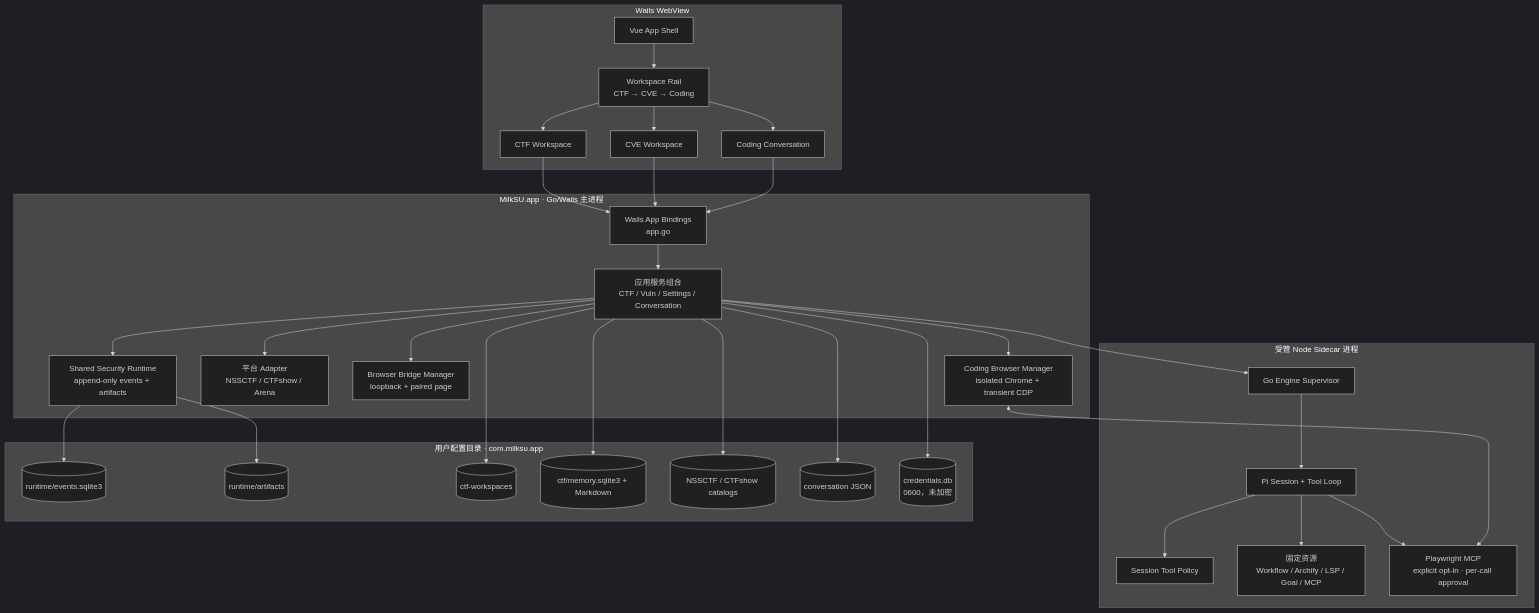
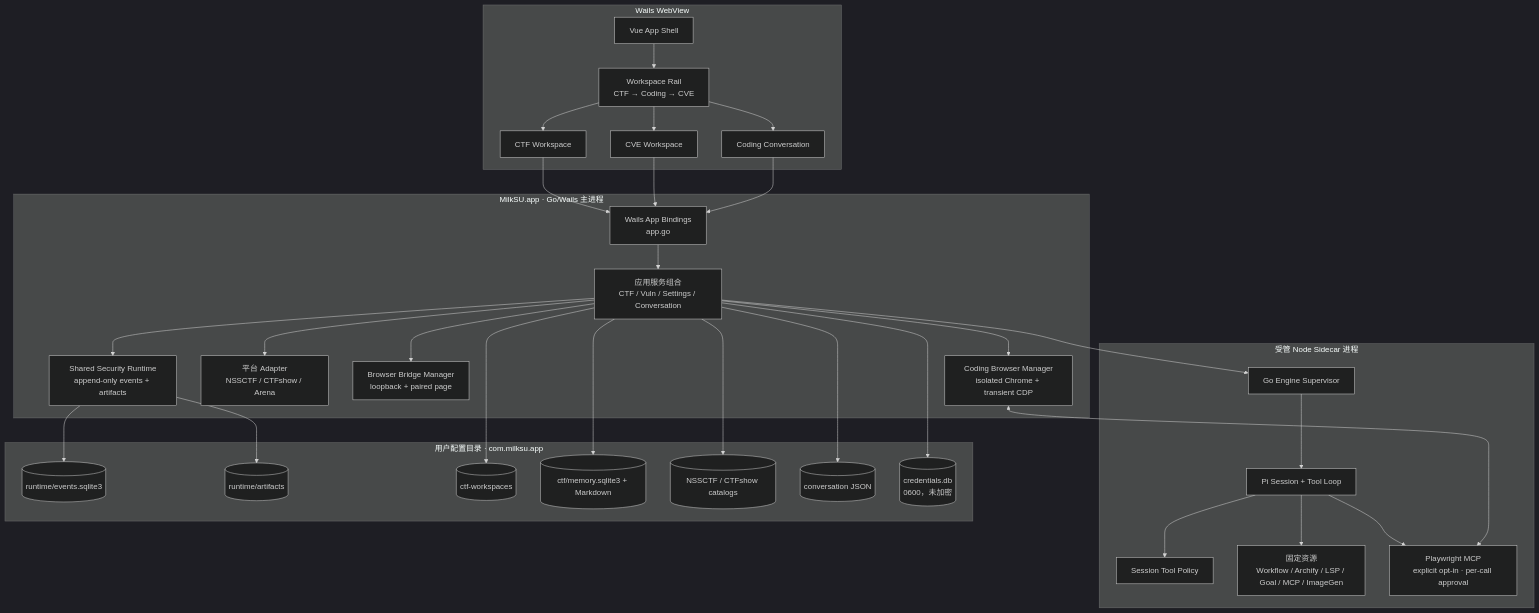
Before and after one commit to MilkSU-Official/milksu: the second of 4 diagrams in docs/architecture/current-system.md, drawn with Mermaid (dark theme). The commit also changed other lines of this file and 57 other files, not shown here.

````diff
--- a/docs/architecture/current-system.md
+++ b/docs/architecture/current-system.md
@@ -49,63 +58,63 @@
 ```mermaid
 flowchart TB
     subgraph desktop_process["MilkSU.app · Go/Wails 主进程"]
         bindings["Wails App Bindings<br/>app.go"]
         app_services["应用服务组合<br/>CTF / Vuln / Settings / Conversation"]
         security_runtime["Shared Security Runtime<br/>append-only events + artifacts"]
         platform_adapters["平台 Adapter<br/>NSSCTF / CTFshow / Arena"]
         browser_manager["Browser Bridge Manager<br/>loopback + paired page"]
         coding_browser_manager["Coding Browser Manager<br/>isolated Chrome + transient CDP"]
     end
 
     subgraph webview["Wails WebView"]
         shell["Vue App Shell"]
-        rail["Workspace Rail<br/>CTF → CVE → Coding"]
+        rail["Workspace Rail<br/>CTF → Coding → CVE"]
         ctf_ui["CTF Workspace"]
         coding_ui["Coding Conversation"]
         cve_ui["CVE Workspace"]
     end
 
     subgraph sidecar_process["受管 Node Sidecar 进程"]
         supervisor["Go Engine Supervisor"]
         pi_session["Pi Session + Tool Loop"]
         policy["Session Tool Policy"]
-        resources["固定资源<br/>Workflow / Archify / LSP / Goal / MCP"]
+        resources["固定资源<br/>Workflow / Archify / LSP / Goal / MCP / ImageGen"]
         playwright["Playwright MCP<br/>explicit opt-in · per-call approval"]
     end
 
     subgraph user_data["用户配置目录 · com.milksu.app"]
         event_db[("runtime/events.sqlite3")]
         artifacts[("runtime/artifacts")]
         ctf_ws[("ctf-workspaces")]
         ctf_memory[("ctf/memory.sqlite3 + Markdown")]
         catalogs[("NSSCTF / CTFshow catalogs")]
         conversations[("conversation JSON")]
         credentials[("credentials.db<br/>0600，未加密")]
     end
 
     shell --> rail
     rail --> ctf_ui
     rail --> cve_ui
     rail --> coding_ui
     ctf_ui --> bindings
     cve_ui --> bindings
     coding_ui --> bindings
     bindings --> app_services
     app_services --> security_runtime
     app_services --> platform_adapters
     app_services --> browser_manager
     app_services --> coding_browser_manager
     app_services --> supervisor
     supervisor --> pi_session
     pi_session --> policy
     pi_session --> resources
     pi_session --> playwright
     coding_browser_manager <--> playwright
     security_runtime --> event_db
     security_runtime --> artifacts
     app_services --> ctf_ws
     app_services --> ctf_memory
     app_services --> catalogs
     app_services --> conversations
     app_services --> credentials
 ```
````
